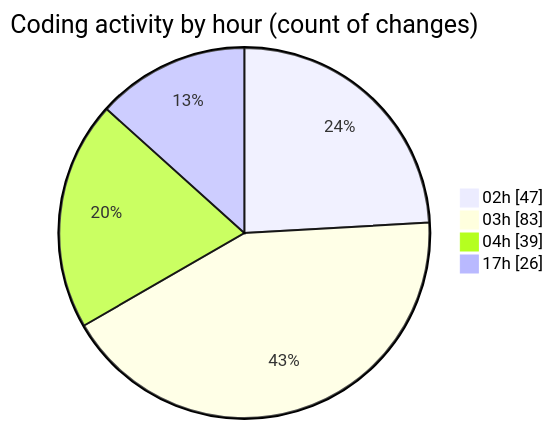
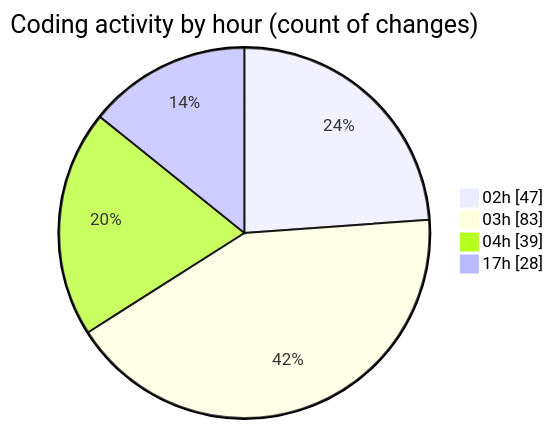
Before and after one commit to ernivani/code-tracking: the second of 2 diagrams in 2025-01-02/3drust/README.md, drawn with Mermaid. The commit also changed other lines of this file and 2 other files, not shown here.

````diff
--- a/2025-01-02/3drust/README.md
+++ b/2025-01-02/3drust/README.md
@@ -42,8 +42,8 @@
 ```mermaid
 pie showData
 title Coding activity by hour (count of changes)
 "02h" : 47
 "03h" : 83
 "04h" : 39
-"17h" : 26
+"17h" : 28
 ```
````
